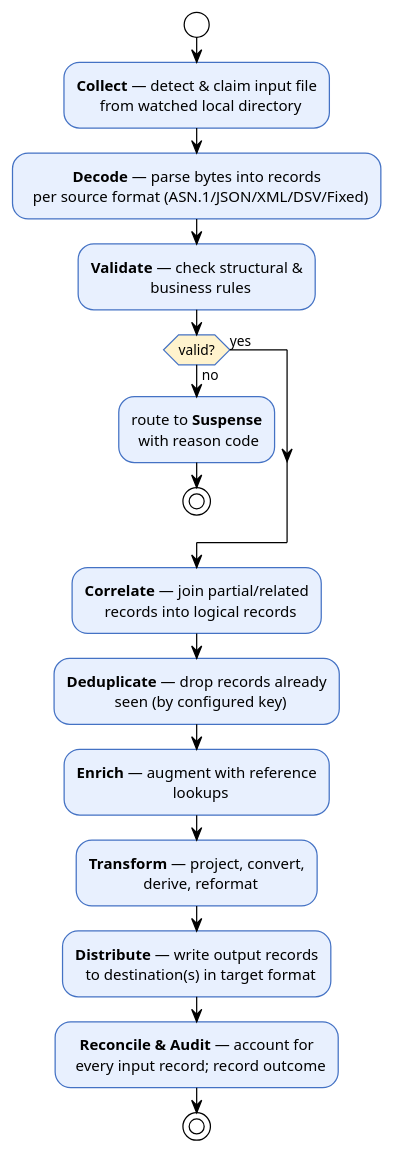
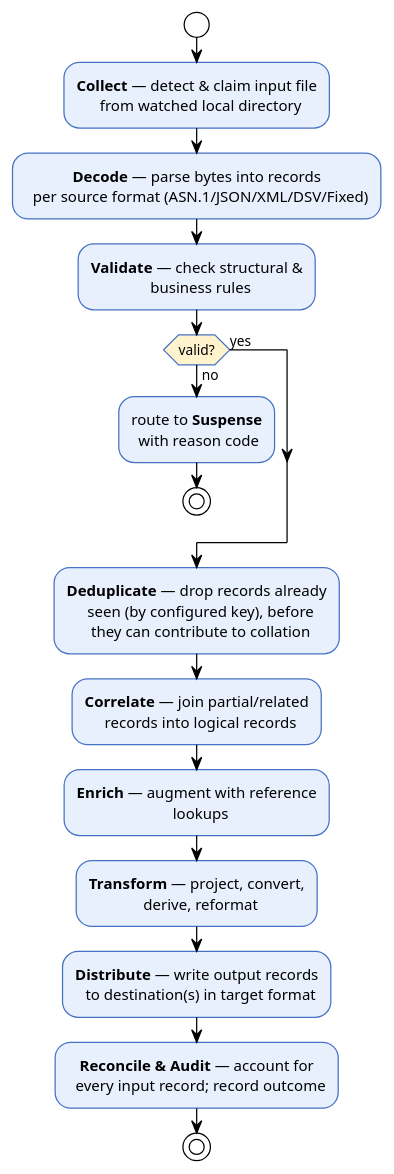
The first of 4 diagrams in docs/brs/05-business-process.md (pgvanniekerk/baasparse), drawn with PlantUML before and after one commit. The commit also changed other lines of this file and 11 other files, not shown here.

````diff
--- a/docs/brs/05-business-process.md
+++ b/docs/brs/05-business-process.md
@@ -12,38 +12,39 @@
 ```plantuml
 @startuml pipeline-stages
 !theme plain
 skinparam defaultTextAlignment center
 skinparam activity {
   BackgroundColor #E8F0FE
   BorderColor #4472C4
   DiamondBackgroundColor #FFF3CD
 }
 
 start
 :**Collect** — detect & claim input file
   from watched local directory;
 :**Decode** — parse bytes into records
   per source format (ASN.1/JSON/XML/DSV/Fixed);
 :**Validate** — check structural &
   business rules;
 if (valid?) then (no)
   :route to **Suspense**
    with reason code;
   stop
 else (yes)
 endif
+:**Deduplicate** — drop records already
+  seen (by configured key), before
+  they can contribute to collation;
 :**Correlate** — join partial/related
   records into logical records;
-:**Deduplicate** — drop records already
-  seen (by configured key);
 :**Enrich** — augment with reference
   lookups;
 :**Transform** — project, convert,
   derive, reformat;
 :**Distribute** — write output records
   to destination(s) in target format;
 :**Reconcile & Audit** — account for
   every input record; record outcome;
 stop
 @enduml
 ```
````
